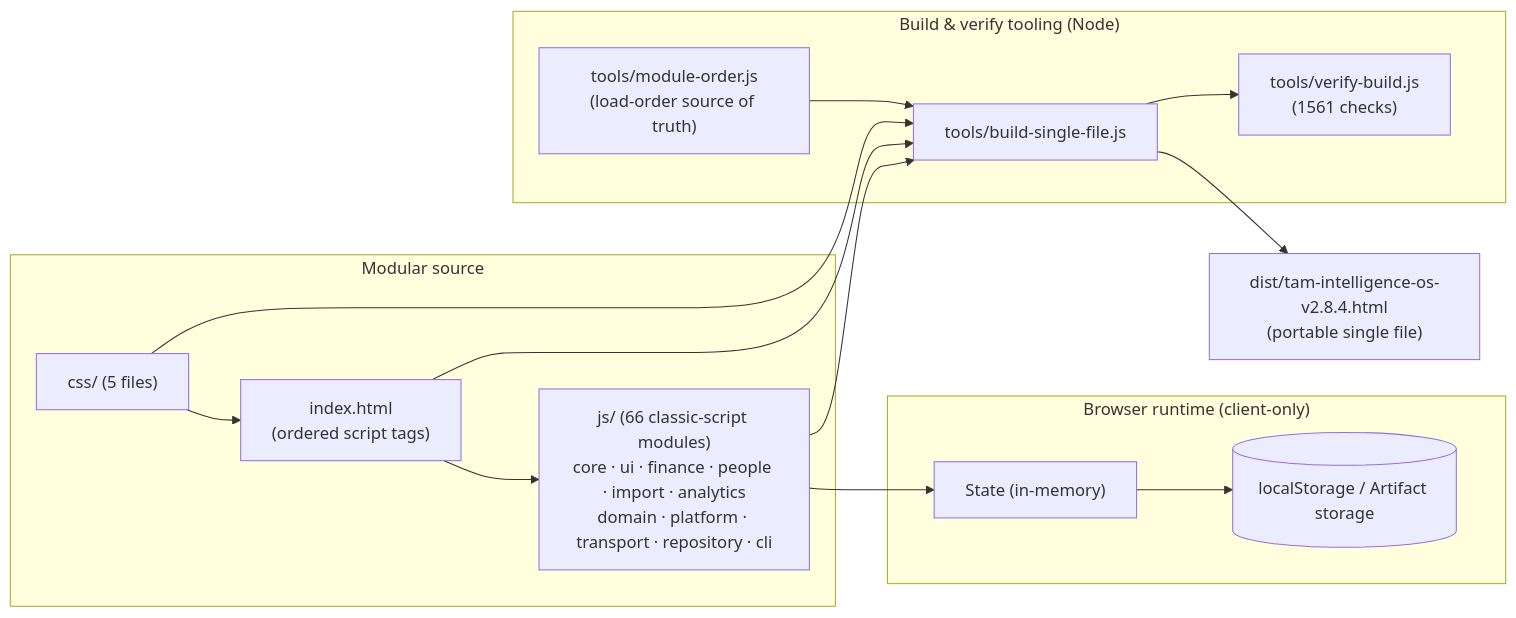
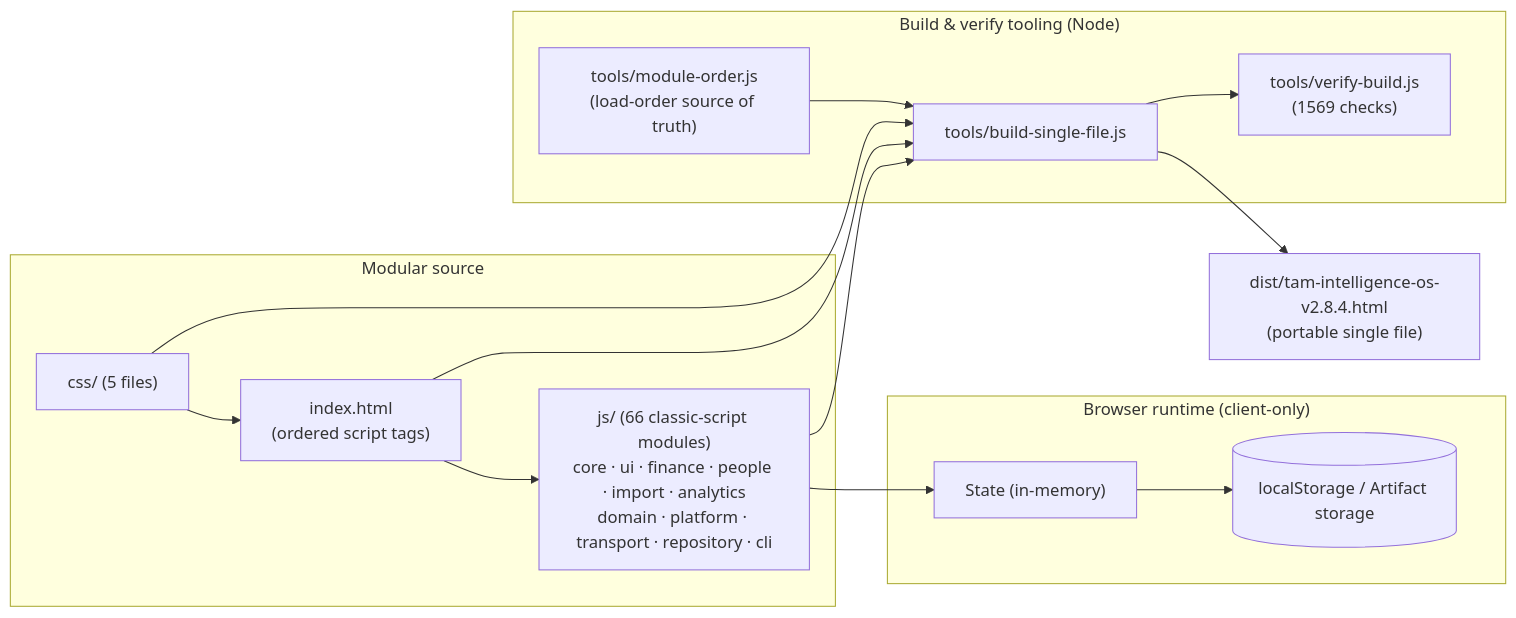
Before and after one commit to fanoryu/TAM-Intelligence-OS: the first of 2 diagrams in README.md, drawn with Mermaid. The commit also changed other lines of this file and 2 other files, not shown here.

````diff
--- a/README.md
+++ b/README.md
@@ -178,27 +178,27 @@
 ```mermaid
 flowchart LR
   subgraph Source["Modular source"]
     IDX["index.html<br/>(ordered script tags)"]
     CSS["css/ (5 files)"]
     JS["js/ (66 classic-script modules)<br/>core · ui · finance · people · import · analytics<br/>domain · platform · transport · repository · cli"]
   end
   subgraph Runtime["Browser runtime (client-only)"]
     STATE["State (in-memory)"]
     LS[("localStorage / Artifact storage")]
   end
   subgraph Build["Build & verify tooling (Node)"]
     ORDER["tools/module-order.js<br/>(load-order source of truth)"]
     BUILD["tools/build-single-file.js"]
-    VERIFY["tools/verify-build.js<br/>(1561 checks)"]
+    VERIFY["tools/verify-build.js<br/>(1569 checks)"]
   end
   DIST["dist/tam-intelligence-os-v2.8.4.html<br/>(portable single file)"]
 
   IDX --> JS --> STATE --> LS
   CSS --> IDX
   ORDER --> BUILD
   IDX --> BUILD
   CSS --> BUILD
   JS --> BUILD
   BUILD --> DIST
   BUILD --> VERIFY
 ```
````
